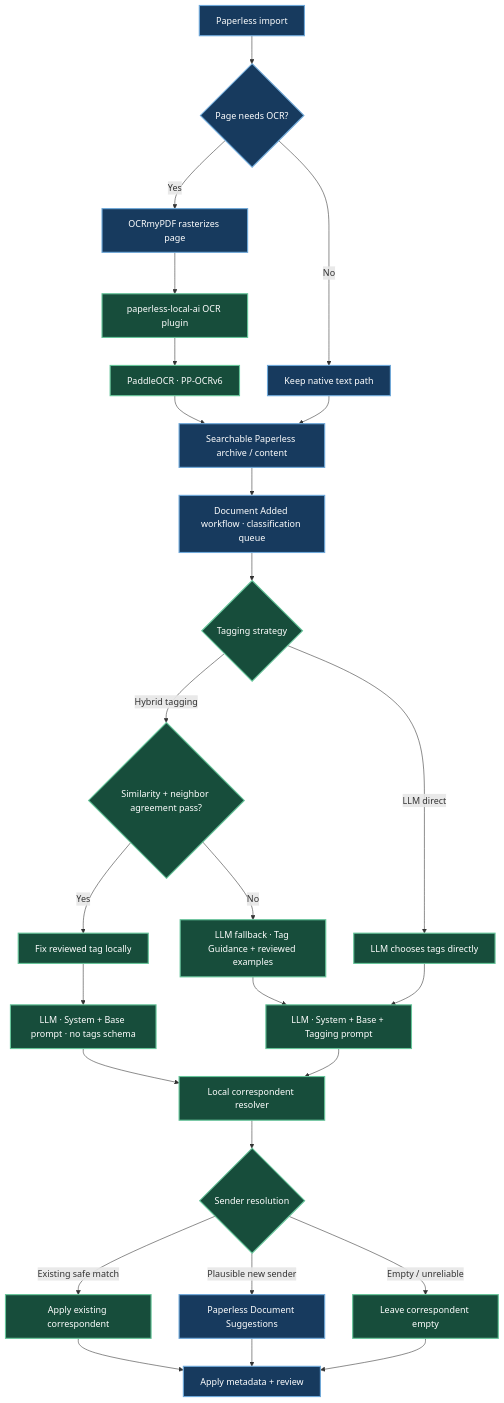
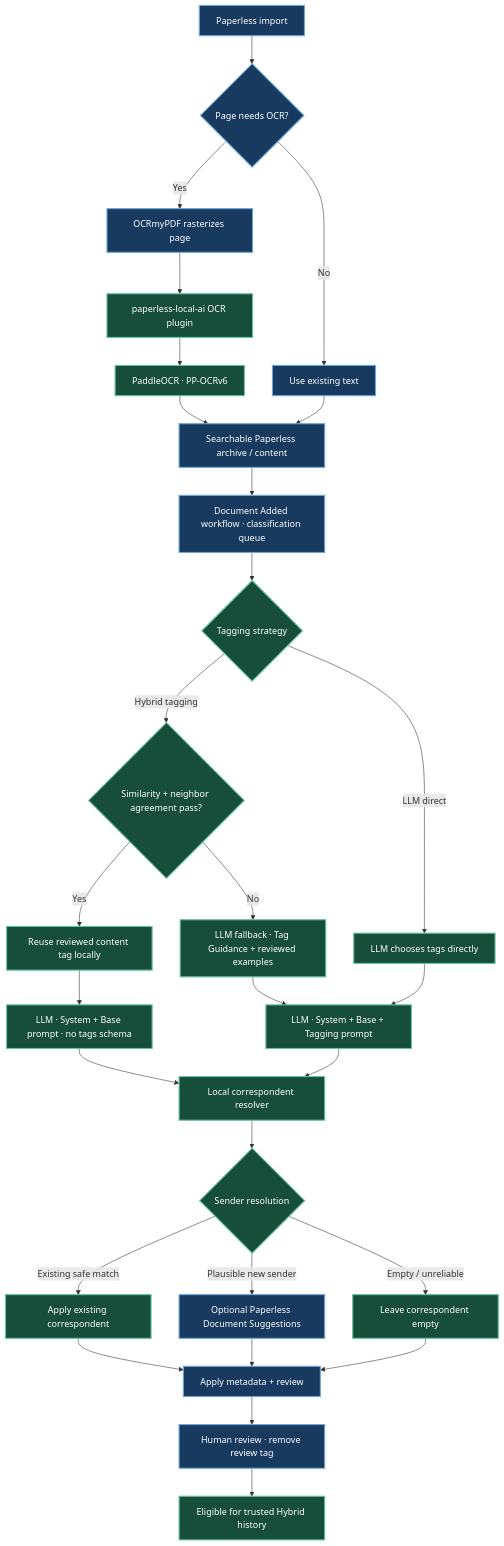
Before and after one commit to lucaperl/paperless-local-ai: the diagram in docs/diagrams/paperless-flow.mmd, drawn with Mermaid. The commit also changed 14 other files, not shown here.

```diff
--- a/docs/diagrams/paperless-flow.mmd
+++ b/docs/diagrams/paperless-flow.mmd
@@ -1,29 +1,31 @@
 flowchart TD
     A[Paperless import]:::paperless --> B{Page needs OCR?}:::paperless
-    B -- No --> C[Keep native text path]:::paperless
+    B -- No --> C[Use existing text]:::paperless
     B -- Yes --> D[OCRmyPDF rasterizes page]:::paperless
     D --> E[paperless-local-ai OCR plugin]:::local
     E --> F[PaddleOCR · PP-OCRv6]:::local
     F --> G[Searchable Paperless archive / content]:::paperless
     C --> G
     G --> H[Document Added workflow · classification queue]:::paperless
     H --> I{Tagging strategy}:::local
     I -- Hybrid tagging --> J{Similarity + neighbor agreement pass?}:::local
-    J -- Yes --> K[Fix reviewed tag locally]:::local
+    J -- Yes --> K[Reuse reviewed content tag locally]:::local
     J -- No --> L[LLM fallback · Tag Guidance + reviewed examples]:::local
     I -- LLM direct --> M[LLM chooses tags directly]:::local
     K --> N[LLM · System + Base prompt · no tags schema]:::local
     L --> O[LLM · System + Base + Tagging prompt]:::local
     M --> O
     N --> P[Local correspondent resolver]:::local
     O --> P
     P --> Q{Sender resolution}:::local
     Q -- Existing safe match --> R[Apply existing correspondent]:::local
-    Q -- Plausible new sender --> S[Paperless Document Suggestions]:::paperless
+    Q -- Plausible new sender --> S[Optional Paperless Document Suggestions]:::paperless
     Q -- Empty / unreliable --> T[Leave correspondent empty]:::local
     R --> U[Apply metadata + review]:::paperless
     S --> U
     T --> U
+    U --> V[Human review · remove review tag]:::paperless
+    V --> W[Eligible for trusted Hybrid history]:::local
 
     classDef paperless fill:#173A5E,stroke:#6EA8D9,color:#FFFFFF,stroke-width:2px;
     classDef local fill:#174D3B,stroke:#66C59A,color:#FFFFFF,stroke-width:2px;
```
